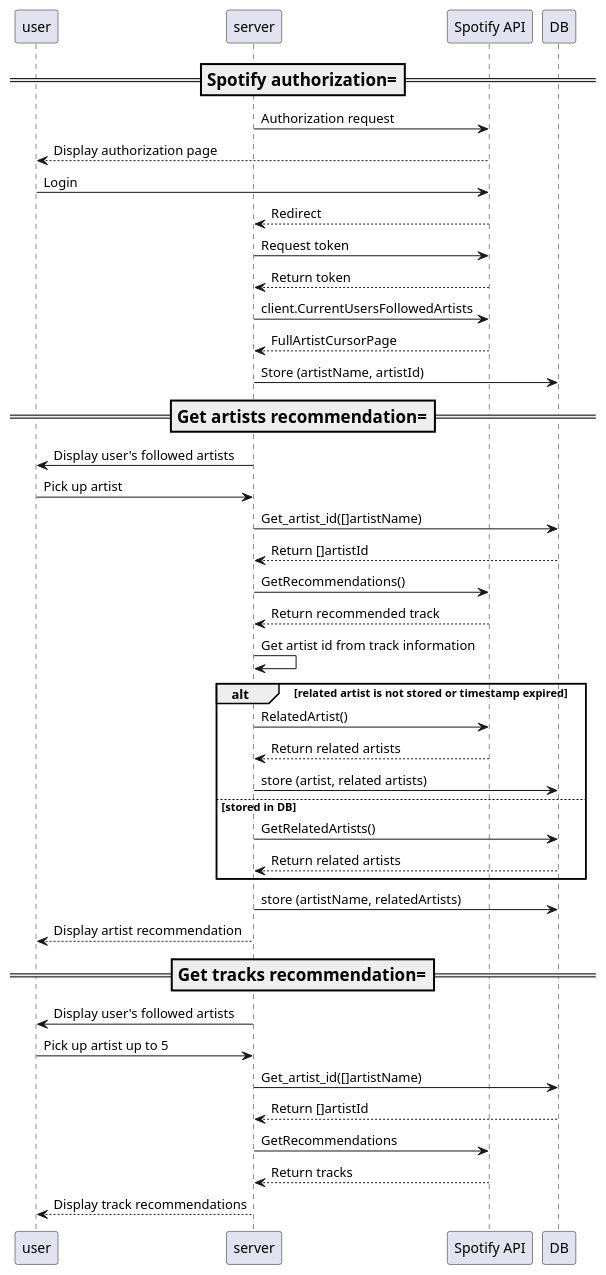
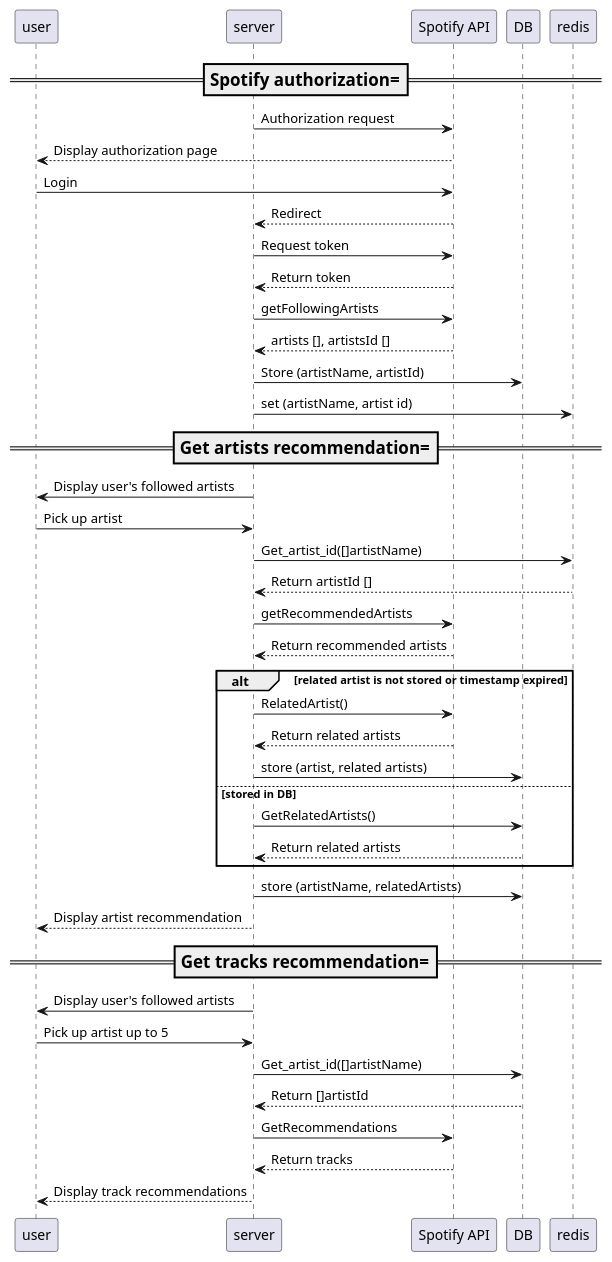
The diagram in architecture.pu (RY908/spotify_recommendation), drawn with PlantUML before and after one commit. The commit also changed 5 other files, not shown here.

```diff
--- a/architecture.pu
+++ b/architecture.pu
@@ -1,50 +1,50 @@
 @startuml 
 participant user
 participant "server" as server
 participant "Spotify API" as spotify
 
 ===Spotify authorization===
 
 server -> spotify: Authorization request
 spotify --> user: Display authorization page
 user -> spotify: Login
 spotify --> server: Redirect
 server -> spotify: Request token
 spotify --> server: Return token
-server -> spotify: client.CurrentUsersFollowedArtists
-spotify --> server: FullArtistCursorPage
+server -> spotify: getFollowingArtists
+spotify --> server: artists [], artistsId []
 server -> DB: Store (artistName, artistId)
+server -> redis: set (artistName, artist id)
 
 ===Get artists recommendation===
 
 server -> user: Display user's followed artists
 user -> server: Pick up artist
-server -> DB: Get_artist_id([]artistName)
-DB --> server: Return []artistId
+server -> redis: Get_artist_id([]artistName)
+redis --> server: Return artistId []
 
-server -> spotify: GetRecommendations()
-spotify --> server: Return recommended track
-server -> server: Get artist id from track information
+server -> spotify: getRecommendedArtists
+spotify --> server: Return recommended artists
 alt related artist is not stored or timestamp expired
   server -> spotify: RelatedArtist()
   spotify --> server: Return related artists
   server -> DB: store (artist, related artists)
 else stored in DB
   server -> DB: GetRelatedArtists()
   DB --> server: Return related artists
 end 
 
 server -> DB: store (artistName, relatedArtists)
 server --> user: Display artist recommendation
 
 ===Get tracks recommendation===
 
 server -> user: Display user's followed artists
 user -> server: Pick up artist up to 5
 server -> DB: Get_artist_id([]artistName)
 DB --> server: Return []artistId
 server -> spotify: GetRecommendations
 spotify --> server: Return tracks
 server --> user: Display track recommendations
 
 @enduml
```
